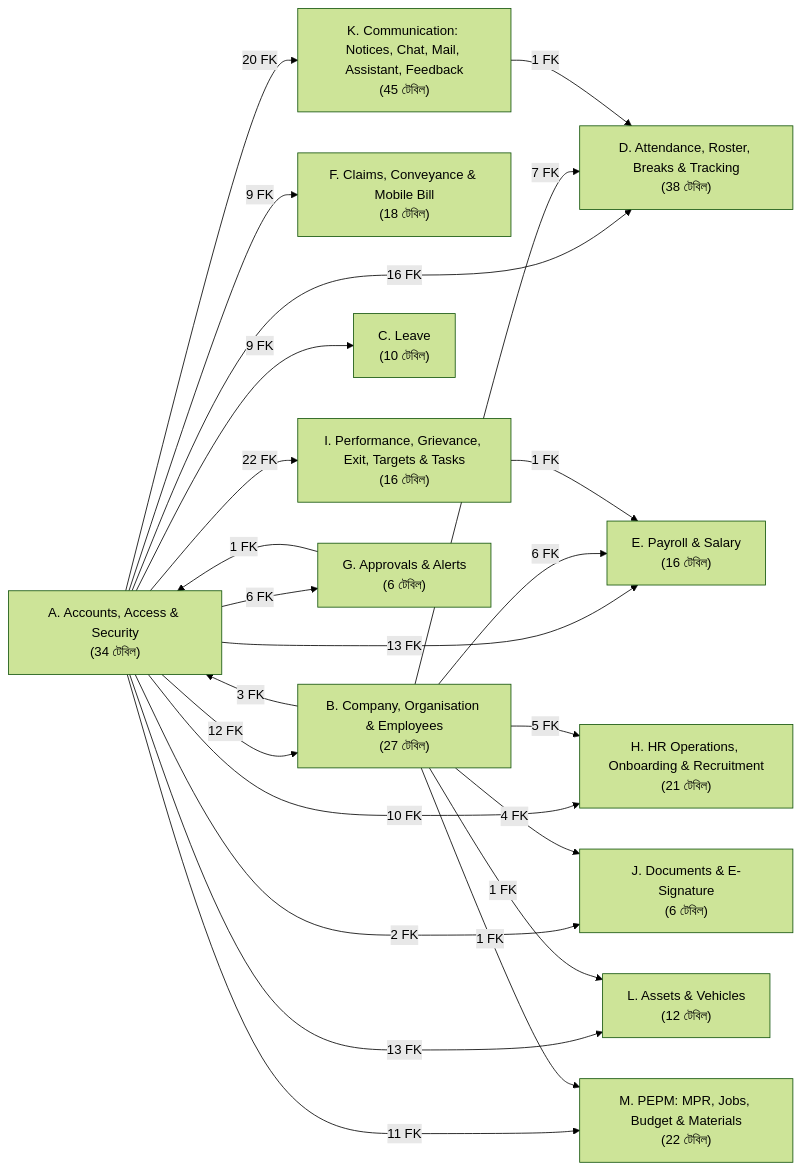
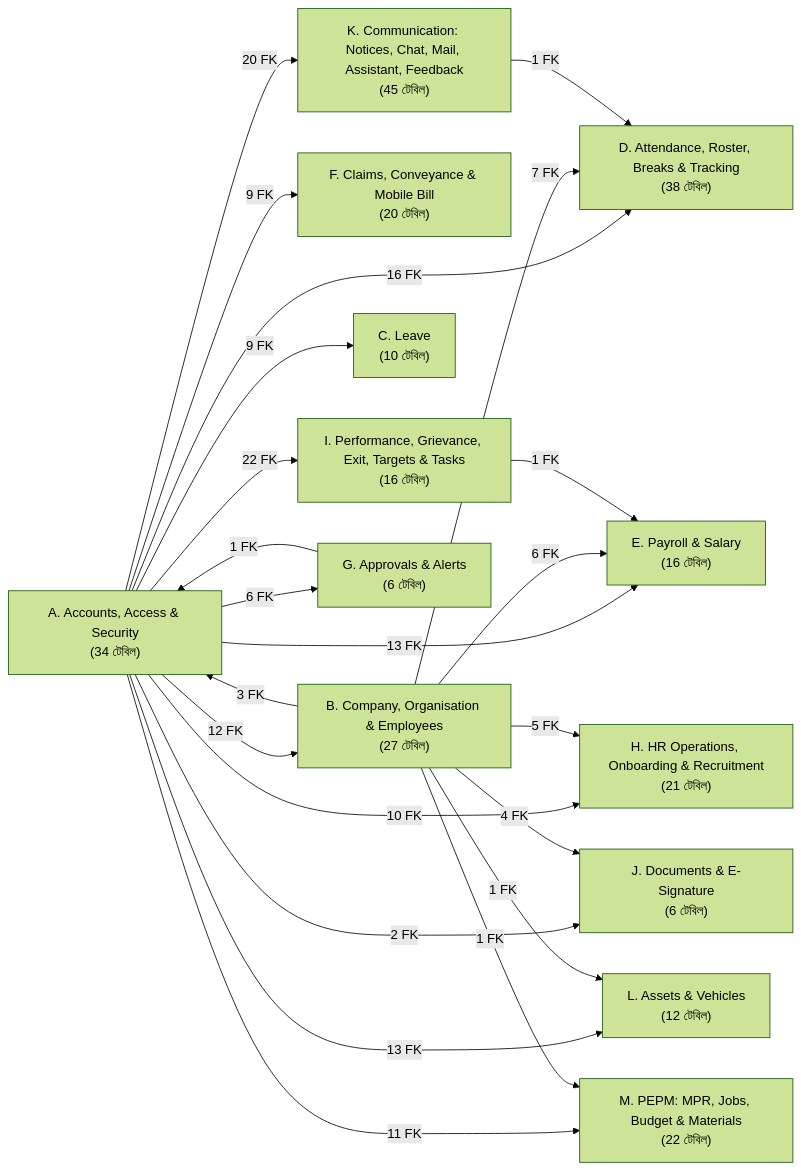
Before and after one commit to ruhulamencredence/CredenceHR: the diagram in docs/architecture/database/diagrams/00-module-map.mmd, drawn with Mermaid (forest theme). The commit also changed 27 other files, not shown here.

Commit message:
docs: auto-sync architecture docs with 1806d69

```diff
--- a/docs/architecture/database/diagrams/00-module-map.mmd
+++ b/docs/architecture/database/diagrams/00-module-map.mmd
@@ -1,36 +1,36 @@
 flowchart LR
   K["K. Communication: Notices, Chat, Mail, Assistant, Feedback<br/>(45 টেবিল)"]
   H["H. HR Operations, Onboarding & Recruitment<br/>(21 টেবিল)"]
   D["D. Attendance, Roster, Breaks & Tracking<br/>(38 টেবিল)"]
   A["A. Accounts, Access & Security<br/>(34 টেবিল)"]
   M["M. PEPM: MPR, Jobs, Budget & Materials<br/>(22 টেবিল)"]
-  F["F. Claims, Conveyance & Mobile Bill<br/>(18 টেবিল)"]
+  F["F. Claims, Conveyance & Mobile Bill<br/>(20 টেবিল)"]
   B["B. Company, Organisation & Employees<br/>(27 টেবিল)"]
   C["C. Leave<br/>(10 টেবিল)"]
   L["L. Assets & Vehicles<br/>(12 টেবিল)"]
   J["J. Documents & E-Signature<br/>(6 টেবিল)"]
   E["E. Payroll & Salary<br/>(16 টেবিল)"]
   I["I. Performance, Grievance, Exit, Targets & Tasks<br/>(16 টেবিল)"]
   G["G. Approvals & Alerts<br/>(6 টেবিল)"]
   A -->|12 FK| B
   A -->|9 FK| C
   A -->|16 FK| D
   A -->|13 FK| E
   A -->|9 FK| F
   A -->|6 FK| G
   A -->|10 FK| H
   A -->|22 FK| I
   A -->|2 FK| J
   A -->|20 FK| K
   A -->|13 FK| L
   A -->|11 FK| M
   B -->|3 FK| A
   B -->|7 FK| D
   B -->|6 FK| E
   B -->|5 FK| H
   B -->|4 FK| J
   B -->|1 FK| L
   B -->|1 FK| M
   G -->|1 FK| A
   I -->|1 FK| E
   K -->|1 FK| D
```
